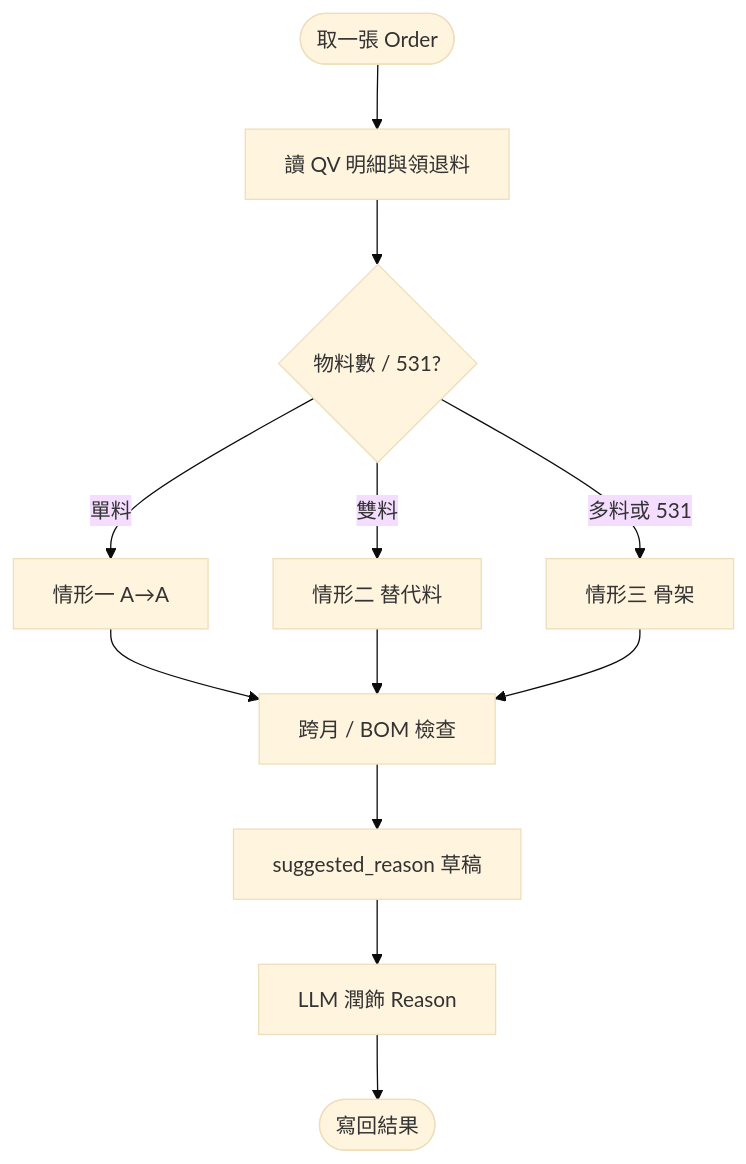
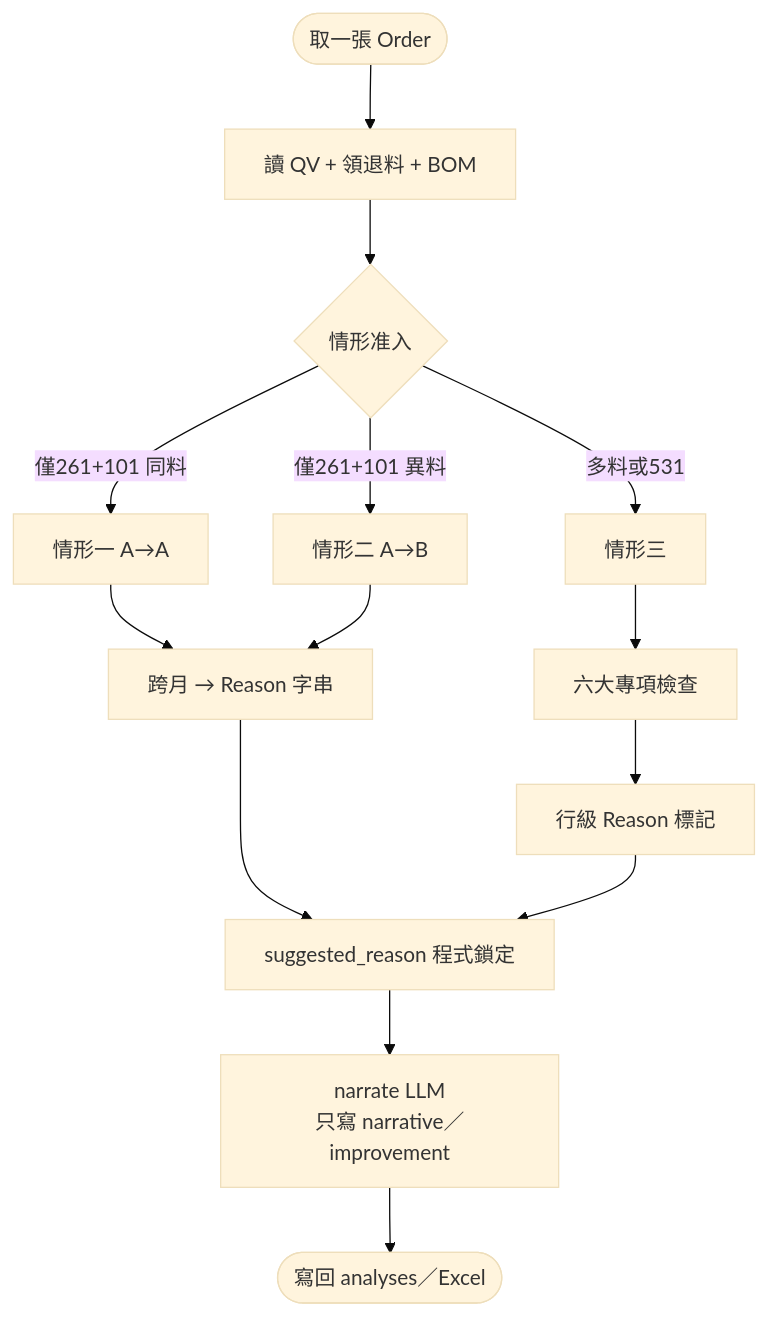
One commit to jellyfish00001/MoAgentChat_Work changed the second of 2 diagrams in docs/flow-templates/01-範本-rework_mo_detective.md. Above: the diagram before and after it, drawn with Mermaid (base theme). The commit also changed other lines of this file and 42 other files, not shown here.

````diff
--- a/docs/flow-templates/01-範本-rework_mo_detective.md
+++ b/docs/flow-templates/01-範本-rework_mo_detective.md
@@ -28,14 +41,16 @@
 ```mermaid
 flowchart TD
-  A([取一張 Order]) --> B[讀 QV 明細與領退料]
-  B --> C{物料數 / 531?}
-  C -->|單料| C1[情形一 A→A]
-  C -->|雙料| C2[情形二 替代料]
-  C -->|多料或 531| C3[情形三 骨架]
-  C1 --> D[跨月 / BOM 檢查]
-  C2 --> D
-  C3 --> D
-  D --> E[suggested_reason 草稿]
-  E --> F[LLM 潤飾 Reason]
-  F --> G([寫回結果])
+  A0([取一張 Order]) --> B0[讀 QV + 領退料 + BOM]
+  B0 --> C0{情形准入}
+  C0 -->|僅261+101 同料| C1[情形一 A→A]
+  C0 -->|僅261+101 異料| C2[情形二 A→B]
+  C0 -->|多料或531| C3[情形三]
+  C1 --> D1[跨月 → Reason 字串]
+  C2 --> D1
+  C3 --> D2[六大專項檢查]
+  D2 --> D3[行級 Reason 標記]
+  D1 --> E0[suggested_reason 程式鎖定]
+  D3 --> E0
+  E0 --> F0[narrate LLM<br/>只寫 narrative／improvement]
+  F0 --> G0([寫回 analyses／Excel])
 ```
````
